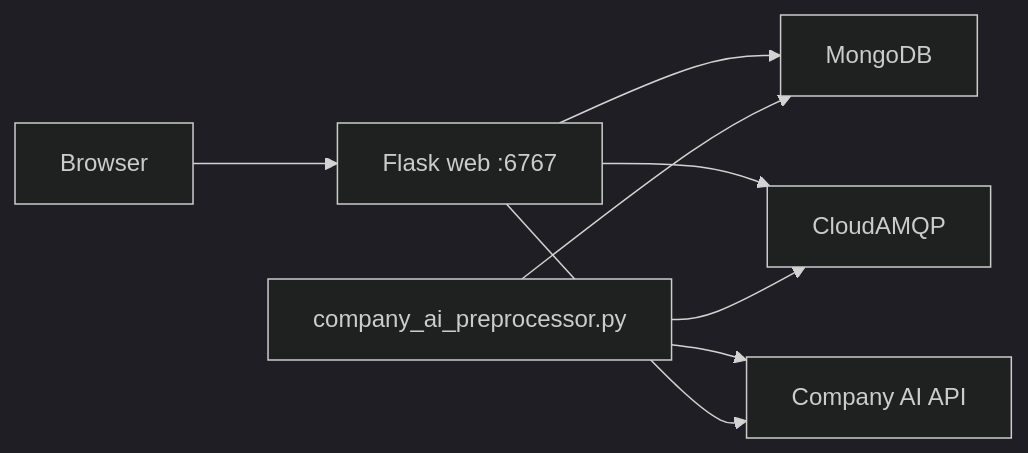
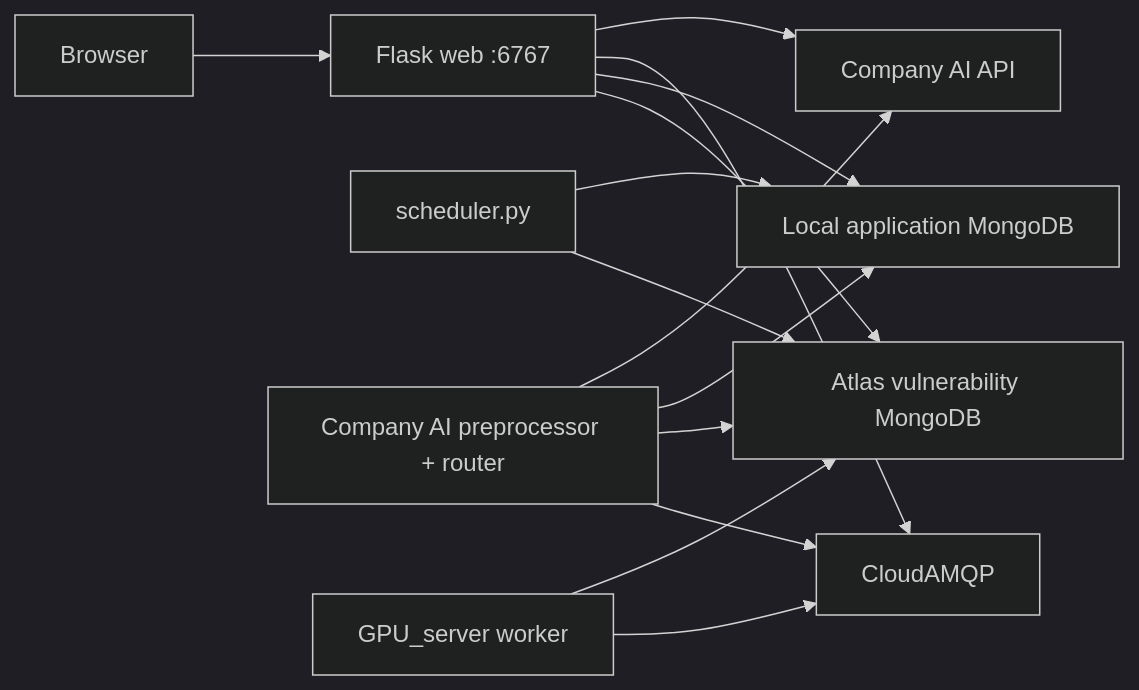
The diagram in README.md (Benchan691/VulnBrief), drawn with Mermaid (dark theme) before and after one commit. The commit also changed other lines of this file and 68 other files, not shown here.

````diff
--- a/README.md
+++ b/README.md
@@ -16,10 +19,16 @@
 ```mermaid
 flowchart LR
   Browser --> Web["Flask web :6767"]
-  Web --> MongoDB
+  Web --> Atlas["Atlas vulnerability MongoDB"]
+  Web --> LocalMongo["Local application MongoDB"]
   Web --> CloudAMQP
-  Preprocessor["company_ai_preprocessor.py"] --> CloudAMQP
-  Preprocessor --> MongoDB
+  Scheduler["scheduler.py"] --> Atlas
+  Scheduler --> LocalMongo
+  Preprocessor["Company AI preprocessor + router"] --> CloudAMQP
+  GPU["GPU_server worker"] --> CloudAMQP
+  GPU --> Atlas
+  Preprocessor --> Atlas
+  Preprocessor --> LocalMongo
   Preprocessor --> CompanyAI["Company AI API"]
   Web --> CompanyAI
 ```
````
